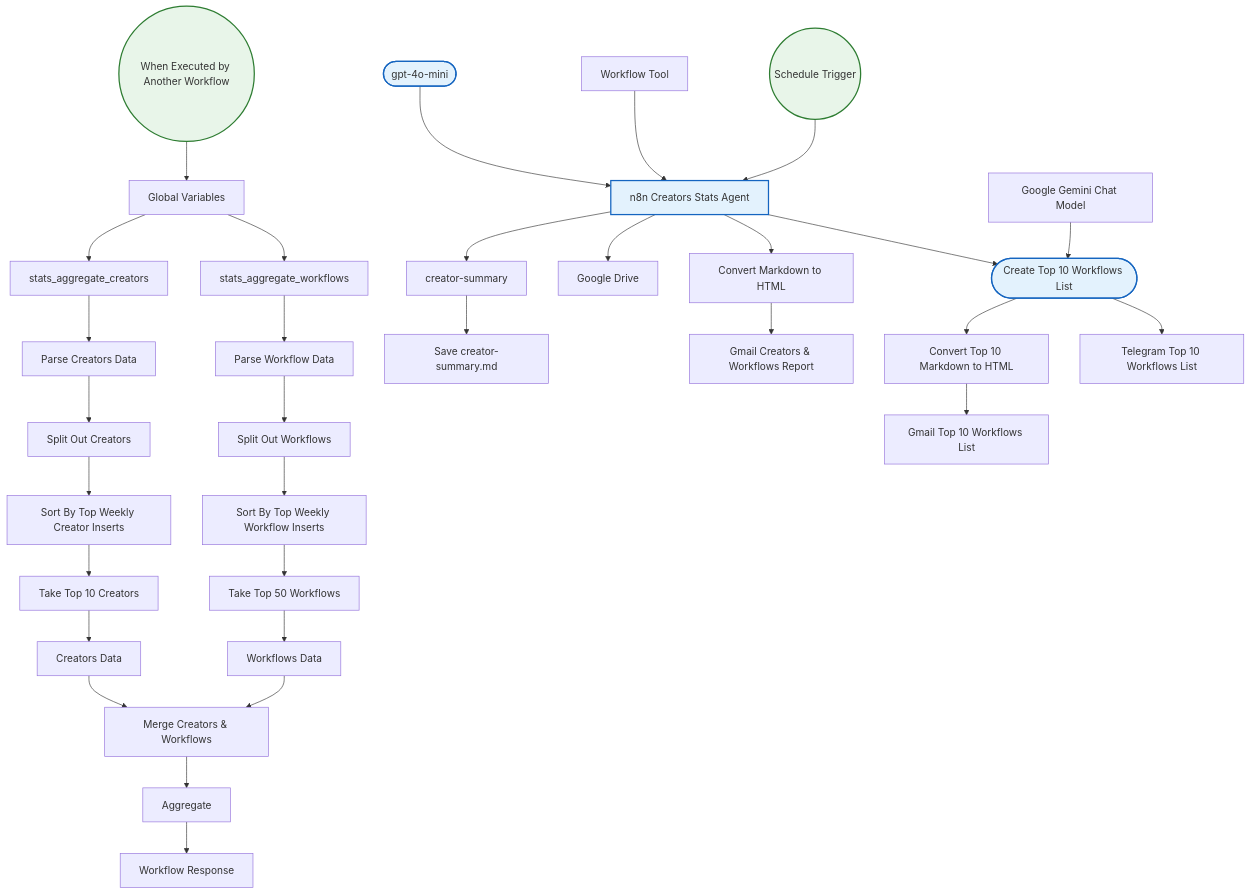
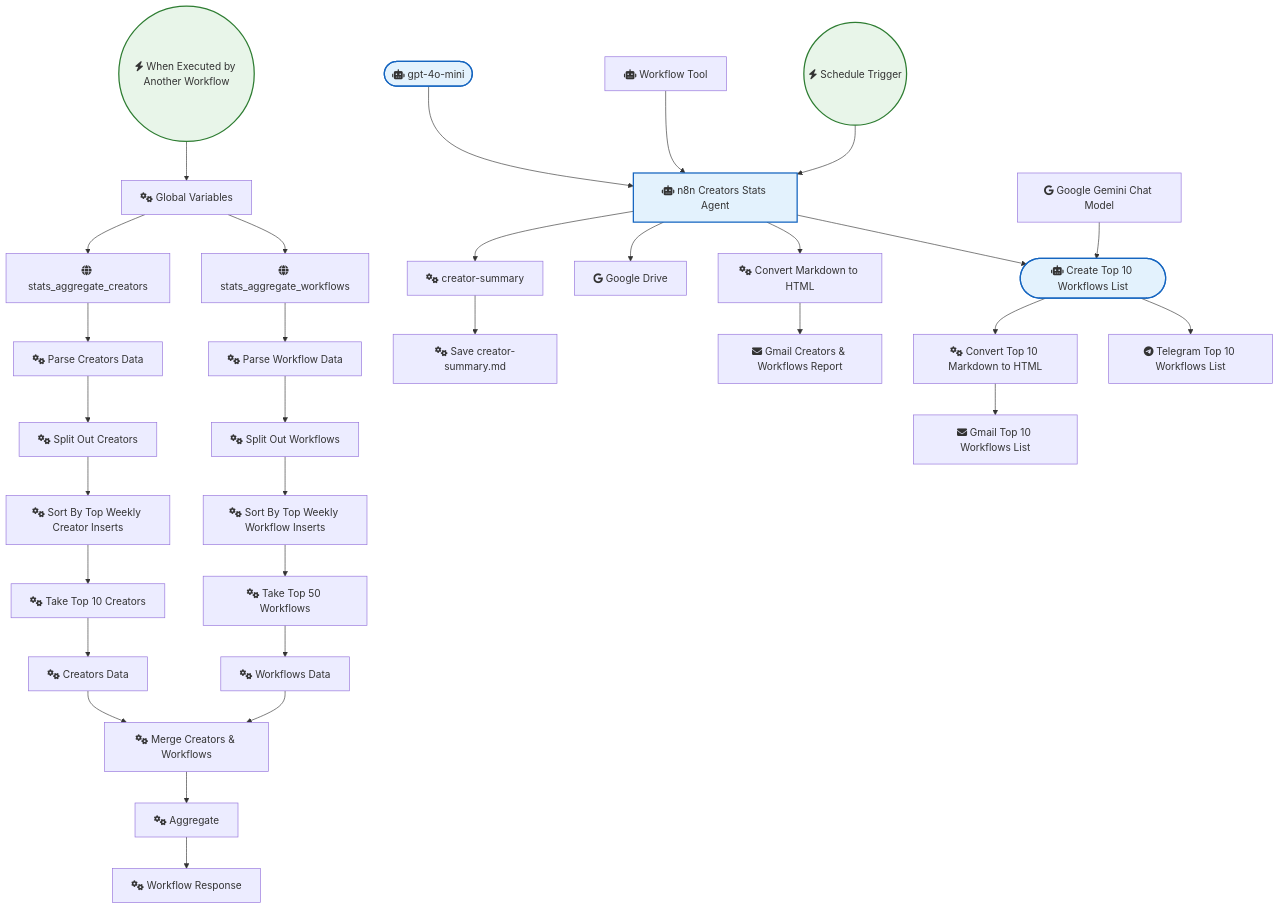
Before and after one commit to sreyash3105/N8N-DEMO-AUTOMATIONS: the diagram in OpenAI_and_LLMs/Ai Agent for Top N8n Creators Leaderboard Reporting.md, drawn with Mermaid. The commit also changed 291 other files, not shown here.

````diff
--- a/OpenAI_and_LLMs/Ai Agent for Top N8n Creators Leaderboard Reporting.md
+++ b/OpenAI_and_LLMs/Ai Agent for Top N8n Creators Leaderboard Reporting.md
@@ -1,69 +1,69 @@
 ```mermaid
 graph TD
     classDef trigger fill:#e8f5e9,stroke:#2e7d32,stroke-width:2px;
     classDef ai fill:#e3f2fd,stroke:#1565c0,stroke-width:2px;
     classDef logic fill:#fff3e0,stroke:#ef6c00,stroke-width:2px;
 
-    stats_aggregate_creators["stats_aggregate_creators"]
-    stats_aggregate_workflows["stats_aggregate_workflows"]
-    Global_Variables["Global Variables"]
-    Parse_Workflow_Data["Parse Workflow Data"]
-    Parse_Creators_Data["Parse Creators Data"]
-    Aggregate["Aggregate"]
-    gpt_4o_mini(["gpt-4o-mini"]):::ai
-    When_Executed_by_Another_Workflow(("When Executed by Another Workflow")):::trigger
-    Workflow_Tool["Workflow Tool"]
-    creator_summary["creator-summary"]
-    Workflow_Response["Workflow Response"]
-    Save_creator_summary_md["Save creator-summary.md"]
-    Creators_Data["Creators Data"]
-    Workflows_Data["Workflows Data"]
-    Merge_Creators___Workflows["Merge Creators & Workflows"]
-    Split_Out_Creators["Split Out Creators"]
-    Split_Out_Workflows["Split Out Workflows"]
-    Sort_By_Top_Weekly_Creator_Inserts["Sort By Top Weekly Creator Inserts"]
-    Sort_By_Top_Weekly_Workflow_Inserts["Sort By Top Weekly Workflow Inserts"]
-    Schedule_Trigger(("Schedule Trigger")):::trigger
-    Take_Top_10_Creators["Take Top 10 Creators"]
-    Take_Top_50_Workflows["Take Top 50 Workflows"]
-    Google_Drive["Google Drive"]
-    Convert_Markdown_to_HTML["Convert Markdown to HTML"]
-    n8n_Creators_Stats_Agent["n8n Creators Stats Agent"]:::ai
-    Google_Gemini_Chat_Model["Google Gemini Chat Model"]
-    Create_Top_10_Workflows_List(["Create Top 10 Workflows List"]):::ai
-    Convert_Top_10_Markdown_to_HTML["Convert Top 10 Markdown to HTML"]
-    Gmail_Creators___Workflows_Report["Gmail Creators & Workflows Report"]
-    Telegram_Top_10_Workflows_List["Telegram Top 10 Workflows List"]
-    Gmail_Top_10_Workflows_List["Gmail Top 10 Workflows List"]
+    stats_aggregate_creators["fas:fa-globe stats_aggregate_creators"]
+    stats_aggregate_workflows["fas:fa-globe stats_aggregate_workflows"]
+    Global_Variables["fas:fa-cogs Global Variables"]
+    Parse_Workflow_Data["fas:fa-cogs Parse Workflow Data"]
+    Parse_Creators_Data["fas:fa-cogs Parse Creators Data"]
+    Aggregate["fas:fa-cogs Aggregate"]
+    gpt_4o_mini(["fas:fa-robot gpt-4o-mini"]):::ai
+    When_Executed_by_Another_Workflow(("fas:fa-bolt When Executed by Another Workflow")):::trigger
+    Workflow_Tool["fas:fa-robot Workflow Tool"]
+    creator_summary["fas:fa-cogs creator-summary"]
+    Workflow_Response["fas:fa-cogs Workflow Response"]
+    Save_creator_summary_md["fas:fa-cogs Save creator-summary.md"]
+    Creators_Data["fas:fa-cogs Creators Data"]
+    Workflows_Data["fas:fa-cogs Workflows Data"]
+    Merge_Creators___Workflows["fas:fa-cogs Merge Creators & Workflows"]
+    Split_Out_Creators["fas:fa-cogs Split Out Creators"]
+    Split_Out_Workflows["fas:fa-cogs Split Out Workflows"]
+    Sort_By_Top_Weekly_Creator_Inserts["fas:fa-cogs Sort By Top Weekly Creator Inserts"]
+    Sort_By_Top_Weekly_Workflow_Inserts["fas:fa-cogs Sort By Top Weekly Workflow Inserts"]
+    Schedule_Trigger(("fas:fa-bolt Schedule Trigger")):::trigger
+    Take_Top_10_Creators["fas:fa-cogs Take Top 10 Creators"]
+    Take_Top_50_Workflows["fas:fa-cogs Take Top 50 Workflows"]
+    Google_Drive["fab:fa-google Google Drive"]
+    Convert_Markdown_to_HTML["fas:fa-cogs Convert Markdown to HTML"]
+    n8n_Creators_Stats_Agent["fas:fa-robot n8n Creators Stats Agent"]:::ai
+    Google_Gemini_Chat_Model["fab:fa-google Google Gemini Chat Model"]
+    Create_Top_10_Workflows_List(["fas:fa-robot Create Top 10 Workflows List"]):::ai
+    Convert_Top_10_Markdown_to_HTML["fas:fa-cogs Convert Top 10 Markdown to HTML"]
+    Gmail_Creators___Workflows_Report["fas:fa-envelope Gmail Creators & Workflows Report"]
+    Telegram_Top_10_Workflows_List["fab:fa-telegram Telegram Top 10 Workflows List"]
+    Gmail_Top_10_Workflows_List["fas:fa-envelope Gmail Top 10 Workflows List"]
 
     Aggregate --> Workflow_Response
     gpt_4o_mini --> n8n_Creators_Stats_Agent
     Creators_Data --> Merge_Creators___Workflows
     Workflow_Tool --> n8n_Creators_Stats_Agent
     Workflows_Data --> Merge_Creators___Workflows
     creator_summary --> Save_creator_summary_md
     Global_Variables --> stats_aggregate_creators
     Global_Variables --> stats_aggregate_workflows
     Schedule_Trigger --> n8n_Creators_Stats_Agent
     Split_Out_Creators --> Sort_By_Top_Weekly_Creator_Inserts
     Parse_Creators_Data --> Split_Out_Creators
     Parse_Workflow_Data --> Split_Out_Workflows
     Split_Out_Workflows --> Sort_By_Top_Weekly_Workflow_Inserts
     Take_Top_10_Creators --> Creators_Data
     Take_Top_50_Workflows --> Workflows_Data
     Convert_Markdown_to_HTML --> Gmail_Creators___Workflows_Report
     Google_Gemini_Chat_Model --> Create_Top_10_Workflows_List
     n8n_Creators_Stats_Agent --> creator_summary
     n8n_Creators_Stats_Agent --> Google_Drive
     n8n_Creators_Stats_Agent --> Convert_Markdown_to_HTML
     n8n_Creators_Stats_Agent --> Create_Top_10_Workflows_List
     stats_aggregate_creators --> Parse_Creators_Data
     stats_aggregate_workflows --> Parse_Workflow_Data
     Merge_Creators___Workflows --> Aggregate
     Create_Top_10_Workflows_List --> Convert_Top_10_Markdown_to_HTML
     Create_Top_10_Workflows_List --> Telegram_Top_10_Workflows_List
     Convert_Top_10_Markdown_to_HTML --> Gmail_Top_10_Workflows_List
     When_Executed_by_Another_Workflow --> Global_Variables
     Sort_By_Top_Weekly_Creator_Inserts --> Take_Top_10_Creators
     Sort_By_Top_Weekly_Workflow_Inserts --> Take_Top_50_Workflows
 ```
````
